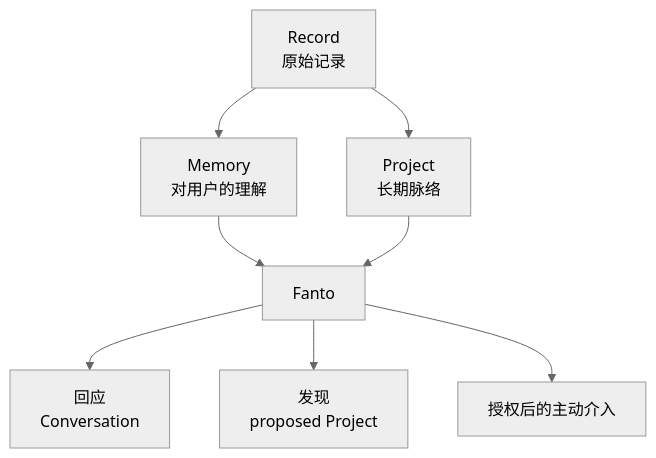
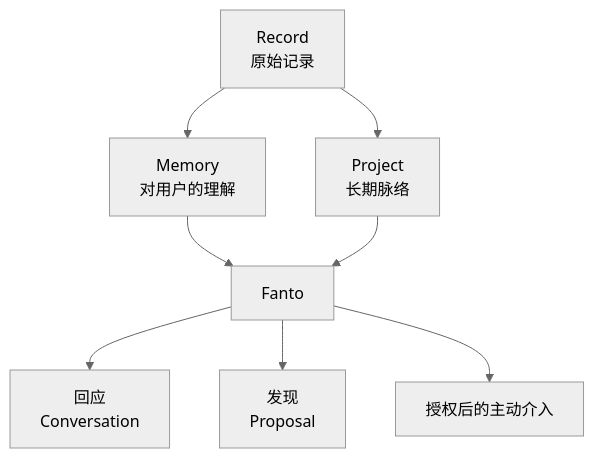
One commit to huiru-wang/fanto changed the diagram in docs/product/vision.md. Above: the diagram before and after it, drawn with Mermaid (neutral theme). The commit also changed other lines of this file and 132 other files, not shown here.

First line of the commit message:
feat: implement proposal and project creative pipeline

````diff
--- a/docs/product/vision.md
+++ b/docs/product/vision.md
@@ -39,10 +39,10 @@
 ```mermaid
 flowchart TD
   R[Record<br/>原始记录] --> M[Memory<br/>对用户的理解]
   R --> C[Project<br/>长期脉络]
   M --> F[Fanto]
   C --> F
   F --> H[回应<br/>Conversation]
-  F --> D[发现<br/>proposed Project]
+  F --> D[发现<br/>Proposal]
   F --> P[授权后的主动介入]
 ```
````
